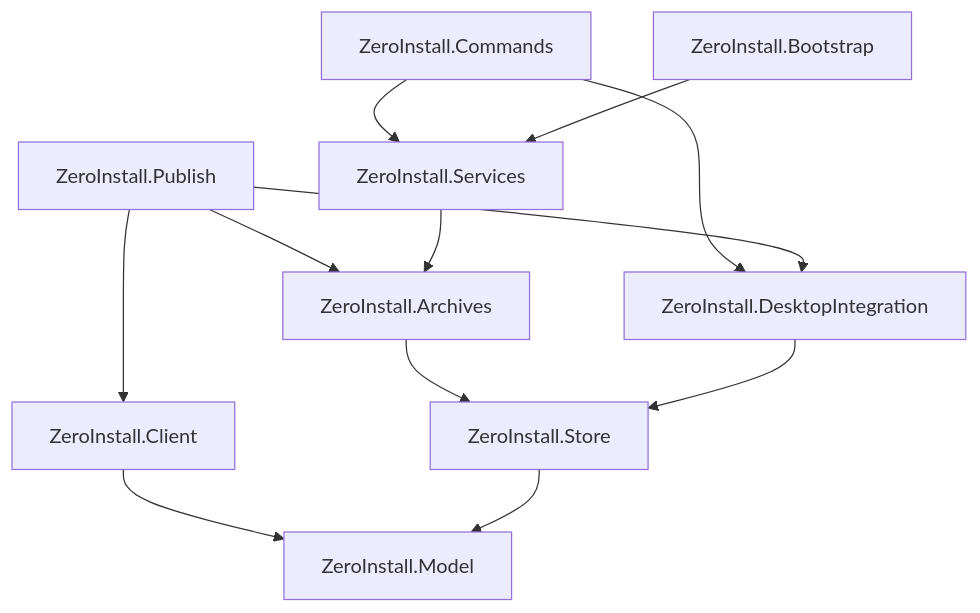
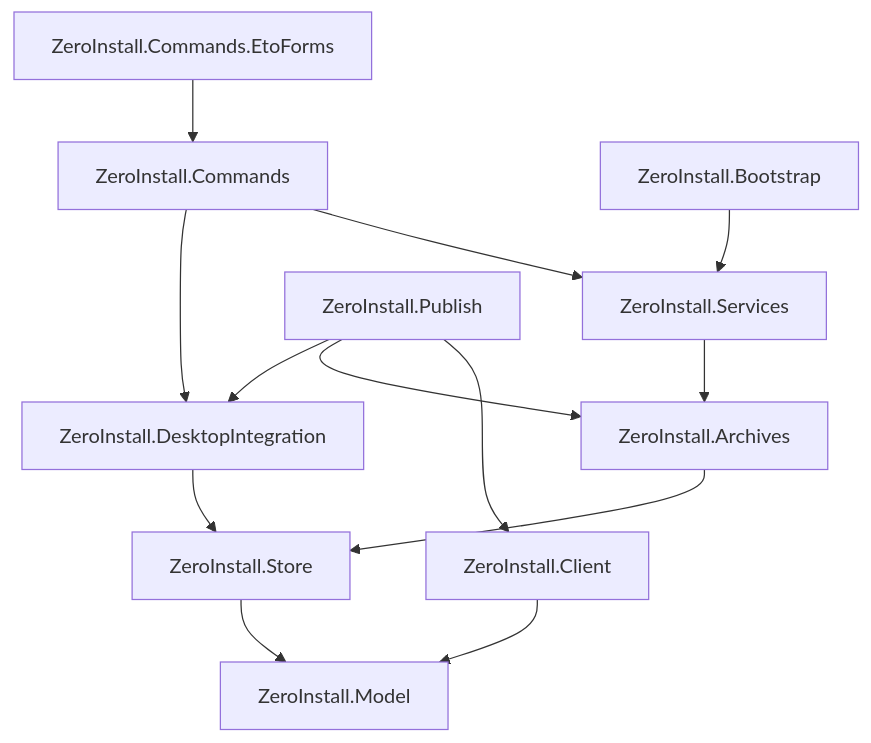
Before and after one commit to 0install/0install-dotnet: the diagram in doc/index.md, drawn with Mermaid. The commit also changed other lines of this file and 39 other files, not shown here.

````diff
--- a/doc/index.md
+++ b/doc/index.md
@@ -27,15 +28,16 @@
 ```mermaid
 flowchart TD
     commands[ZeroInstall.Commands] --> services
     commands --> desktop_integration
+    commands_eto[ZeroInstall.Commands.EtoForms] --> commands
     bootstrap[ZeroInstall.Bootstrap] --> services
     publish[ZeroInstall.Publish] --> client
     publish --> archives
     publish --> desktop_integration
     services[ZeroInstall.Services] --> archives
     archives[ZeroInstall.Archives] --> store
     desktop_integration[ZeroInstall.DesktopIntegration] --> store
     client[ZeroInstall.Client] --> model
     store[ZeroInstall.Store] --> model
     model[ZeroInstall.Model]
 ```
````
